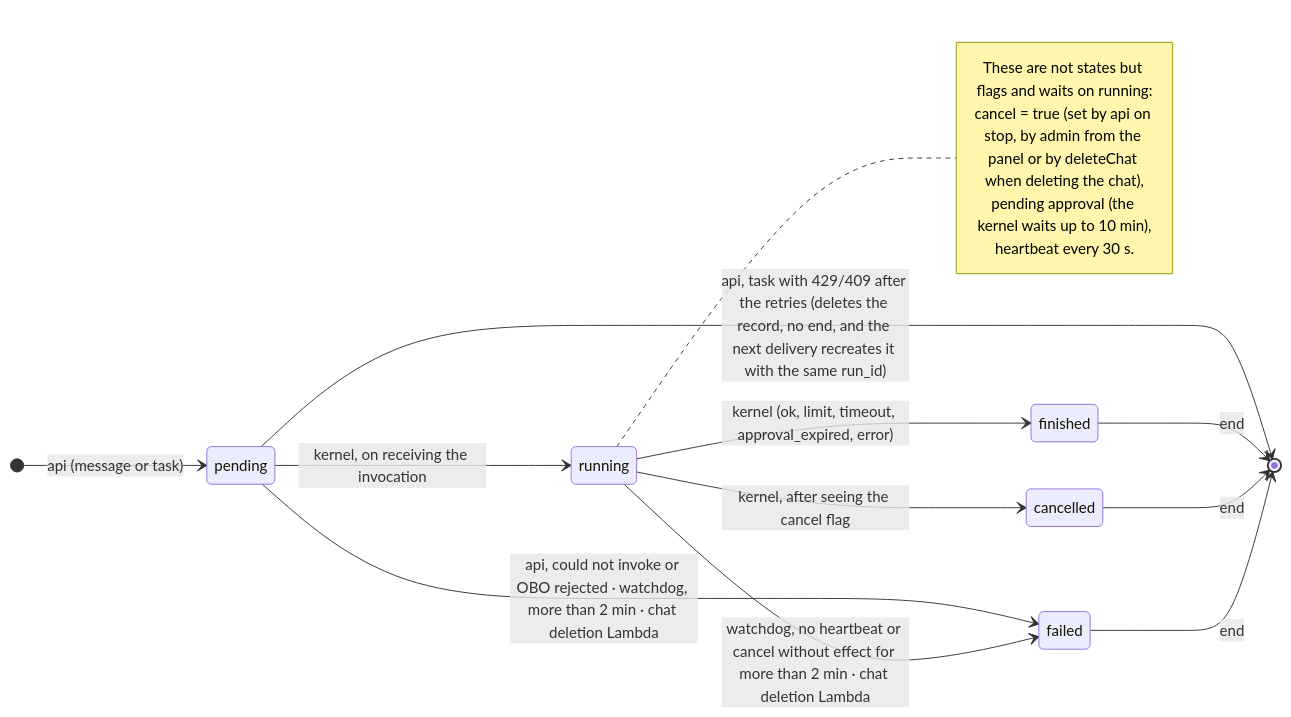
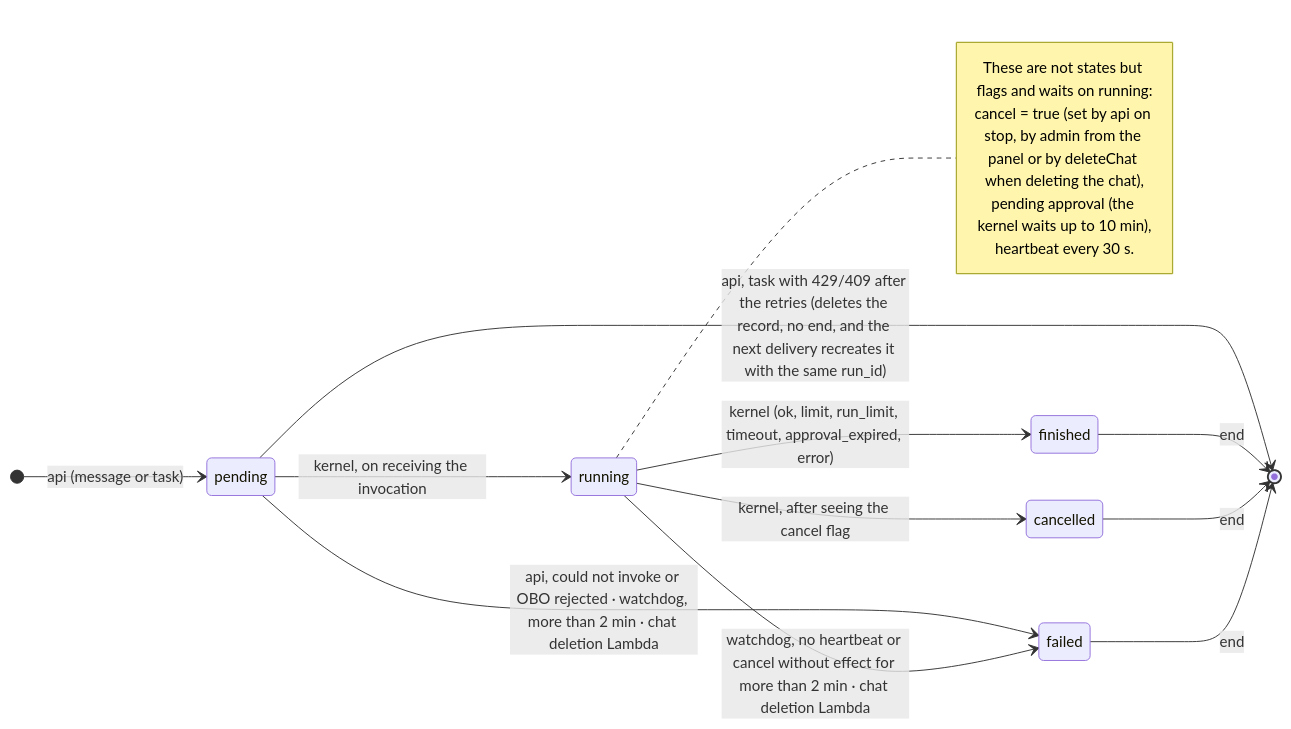
Before and after one commit to ikermendi/sample-agent-platform-with-agentcore: the fifth of 11 diagrams in docs/arquitectura-agentes.md, drawn with Mermaid. The commit also changed other lines of this file and 5 other files, not shown here.

````diff
--- a/docs/arquitectura-agentes.md
+++ b/docs/arquitectura-agentes.md
@@ -716,20 +751,20 @@
 ```mermaid
 stateDiagram-v2
   direction LR
   [*] --> pending : api (message or task)
   pending --> running : kernel, on receiving the invocation
   pending --> failed : api, could not invoke or OBO rejected · watchdog, more than 2 min · chat deletion Lambda
   pending --> [*] : api, task with 429/409 after the retries (deletes the record, no end, and the next delivery recreates it with the same run_id)
-  running --> finished : kernel (ok, limit, timeout, approval_expired, error)
+  running --> finished : kernel (ok, limit, run_limit, timeout, approval_expired, error)
   running --> cancelled : kernel, after seeing the cancel flag
   running --> failed : watchdog, no heartbeat or cancel without effect for more than 2 min · chat deletion Lambda
   finished --> [*] : end
   cancelled --> [*] : end
   failed --> [*] : end
   note right of running
     These are not states but flags and waits on running:
     cancel = true (set by api on stop, by admin from the panel or by deleteChat when deleting the chat),
     pending approval (the kernel waits up to 10 min),
     heartbeat every 30 s.
   end note
 ```
````
